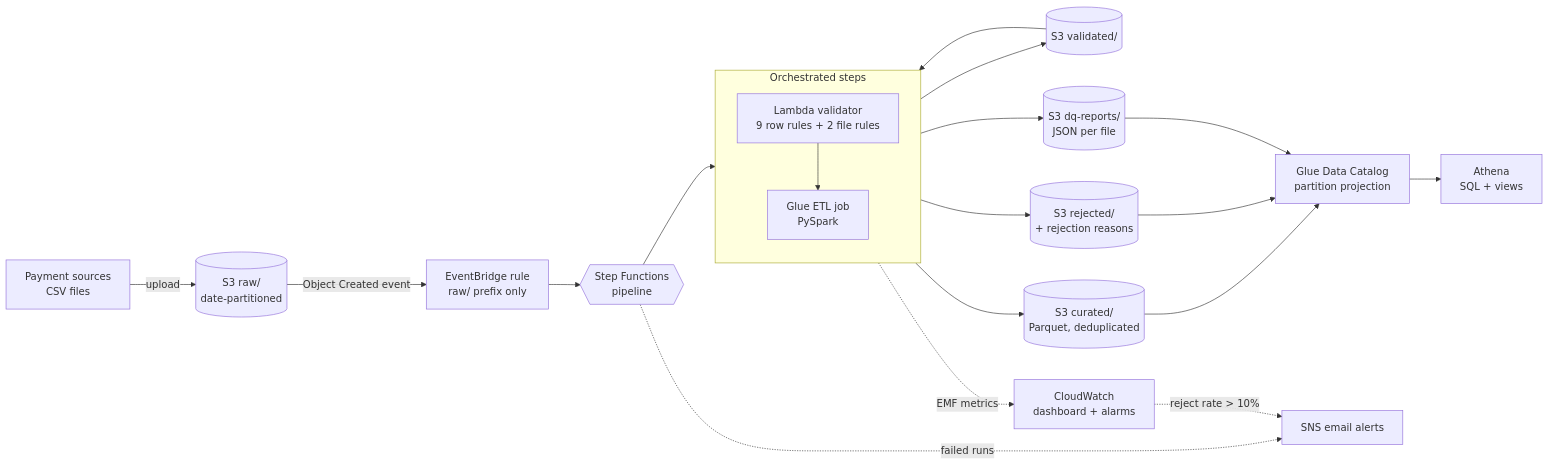
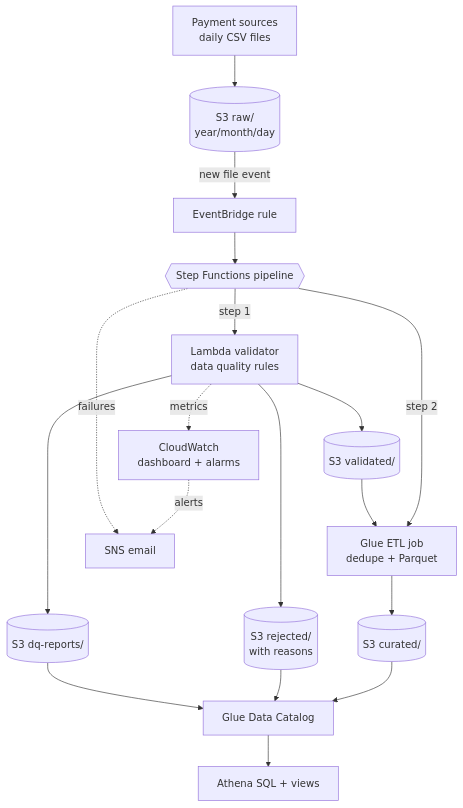
The diagram in README.md (MubinMq2025/aws-financial-dq-platform), drawn with Mermaid before and after one commit.

Commit message:
Simplify architecture diagram for readability

````diff
--- a/README.md
+++ b/README.md
@@ -22,27 +22,24 @@
 ```mermaid
-flowchart LR
-    SRC[Payment sources<br/>CSV files] -->|upload| RAW[(S3 raw/<br/>date-partitioned)]
-    RAW -->|Object Created event| EB[EventBridge rule<br/>raw/ prefix only]
-    EB --> SFN{{Step Functions<br/>pipeline}}
+flowchart TD
+    A[Payment sources<br/>daily CSV files] --> B[(S3 raw/<br/>year/month/day)]
+    B -->|new file event| C[EventBridge rule]
+    C --> D{{Step Functions pipeline}}
 
-    subgraph SFN_STEPS[Orchestrated steps]
-        direction TB
-        L[Lambda validator<br/>9 row rules + 2 file rules] --> G[Glue ETL job<br/>PySpark]
-    end
-    SFN --> L
+    D -->|step 1| E[Lambda validator<br/>data quality rules]
+    E --> F[(S3 validated/)]
+    E --> G[(S3 rejected/<br/>with reasons)]
+    E --> H[(S3 dq-reports/)]
 
-    L --> VAL[(S3 validated/)]
-    L --> REJ[(S3 rejected/<br/>+ rejection reasons)]
-    L --> REP[(S3 dq-reports/<br/>JSON per file)]
-    VAL --> G
-    G --> CUR[(S3 curated/<br/>Parquet, deduplicated)]
+    D -->|step 2| I[Glue ETL job<br/>dedupe + Parquet]
+    F --> I
+    I --> J[(S3 curated/)]
 
-    CUR --> CAT[Glue Data Catalog<br/>partition projection]
-    REJ --> CAT
-    REP --> CAT
-    CAT --> ATH[Athena<br/>SQL + views]
+    J --> K[Glue Data Catalog]
+    G --> K
+    H --> K
+    K --> L[Athena SQL + views]
 
-    L -. EMF metrics .-> CW[CloudWatch<br/>dashboard + alarms]
-    SFN -. failed runs .-> SNS[SNS email alerts]
-    CW -. reject rate > 10% .-> SNS
+    E -.metrics.-> M[CloudWatch<br/>dashboard + alarms]
+    M -.alerts.-> N[SNS email]
+    D -.failures.-> N
 ```
````
